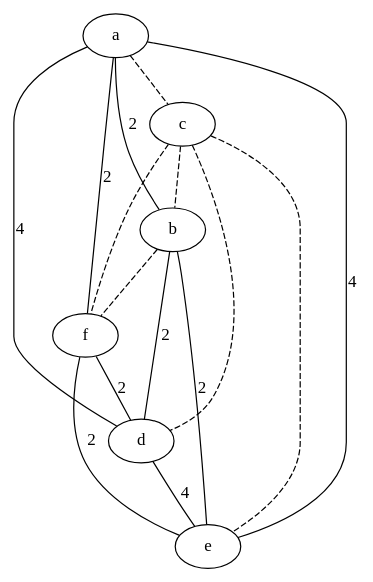
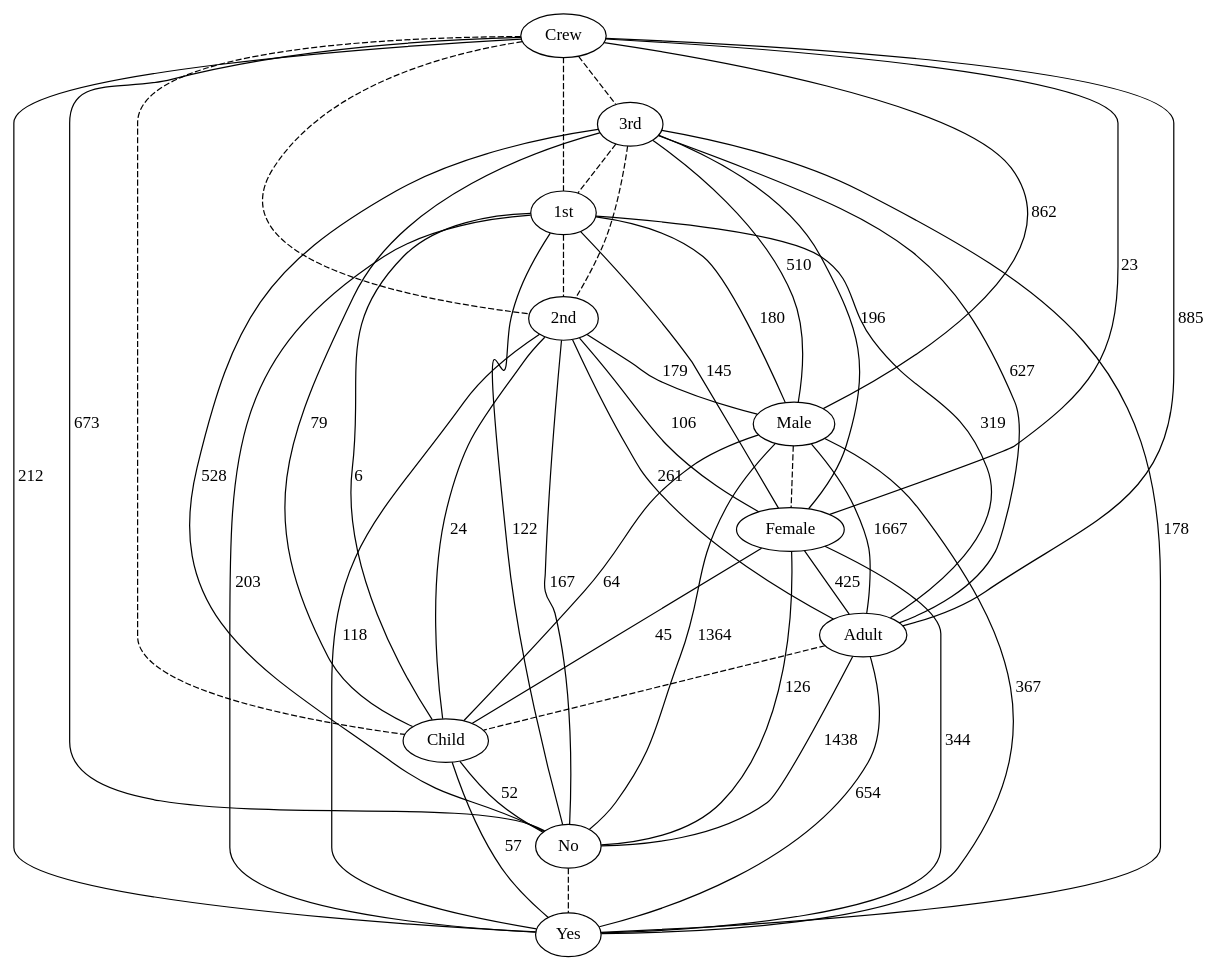
One commit to lrodrin/TFG changed the diagram in src/final/plainGraph.dot. Above: the diagram before and after it, drawn with Graphviz. The commit also changed 10 other files, not shown here.

```diff
--- a/src/final/plainGraph.dot
+++ b/src/final/plainGraph.dot
@@ -1,23 +1,57 @@
 strict graph "" {
-a;
-c;
-b;
-f;
-d;
-e;
-a -- c  [color=black, style=dashed];
-a -- b  [color=black, label=2, style=solid];
-a -- f  [color=black, label=2, style=solid];
-a -- d  [color=black, label=4, style=solid];
-a -- e  [color=black, label=4, style=solid];
-c -- b  [color=black, style=dashed];
-c -- f  [color=black, style=dashed];
-c -- d  [color=black, style=dashed];
-c -- e  [color=black, style=dashed];
-b -- f  [color=black, style=dashed];
-b -- d  [color=black, label=2, style=solid];
-b -- e  [color=black, label=2, style=solid];
-f -- d  [color=black, label=2, style=solid];
-f -- e  [color=black, label=2, style=solid];
-d -- e  [color=black, label=4, style=solid];
+Crew;
+"3rd";
+"1st";
+"2nd";
+Male;
+Female;
+Adult;
+Child;
+No;
+Yes;
+Crew -- "3rd"  [color=black, style=dashed];
+Crew -- "1st"  [color=black, style=dashed];
+Crew -- "2nd"  [color=black, style=dashed];
+Crew -- Male  [color=black, label=862, style=solid];
+Crew -- Female  [color=black, label=23, style=solid];
+Crew -- Adult  [color=black, label=885, style=solid];
+Crew -- Child  [color=black, style=dashed];
+Crew -- No  [color=black, label=673, style=solid];
+Crew -- Yes  [color=black, label=212, style=solid];
+"3rd" -- "1st"  [color=black, style=dashed];
+"3rd" -- "2nd"  [color=black, style=dashed];
+"3rd" -- Male  [color=black, label=510, style=solid];
+"3rd" -- Female  [color=black, label=196, style=solid];
+"3rd" -- Adult  [color=black, label=627, style=solid];
+"3rd" -- Child  [color=black, label=79, style=solid];
+"3rd" -- No  [color=black, label=528, style=solid];
+"3rd" -- Yes  [color=black, label=178, style=solid];
+"1st" -- "2nd"  [color=black, style=dashed];
+"1st" -- Male  [color=black, label=180, style=solid];
+"1st" -- Female  [color=black, label=145, style=solid];
+"1st" -- Adult  [color=black, label=319, style=solid];
+"1st" -- Child  [color=black, label=6, style=solid];
+"1st" -- No  [color=black, label=122, style=solid];
+"1st" -- Yes  [color=black, label=203, style=solid];
+"2nd" -- Male  [color=black, label=179, style=solid];
+"2nd" -- Female  [color=black, label=106, style=solid];
+"2nd" -- Adult  [color=black, label=261, style=solid];
+"2nd" -- Child  [color=black, label=24, style=solid];
+"2nd" -- No  [color=black, label=167, style=solid];
+"2nd" -- Yes  [color=black, label=118, style=solid];
+Male -- Female  [color=black, style=dashed];
+Male -- Adult  [color=black, label=1667, style=solid];
+Male -- Child  [color=black, label=64, style=solid];
+Male -- No  [color=black, label=1364, style=solid];
+Male -- Yes  [color=black, label=367, style=solid];
+Female -- Adult  [color=black, label=425, style=solid];
+Female -- Child  [color=black, label=45, style=solid];
+Female -- No  [color=black, label=126, style=solid];
+Female -- Yes  [color=black, label=344, style=solid];
+Adult -- Child  [color=black, style=dashed];
+Adult -- No  [color=black, label=1438, style=solid];
+Adult -- Yes  [color=black, label=654, style=solid];
+Child -- No  [color=black, label=52, style=solid];
+Child -- Yes  [color=black, label=57, style=solid];
+No -- Yes  [color=black, style=dashed];
 }
```
